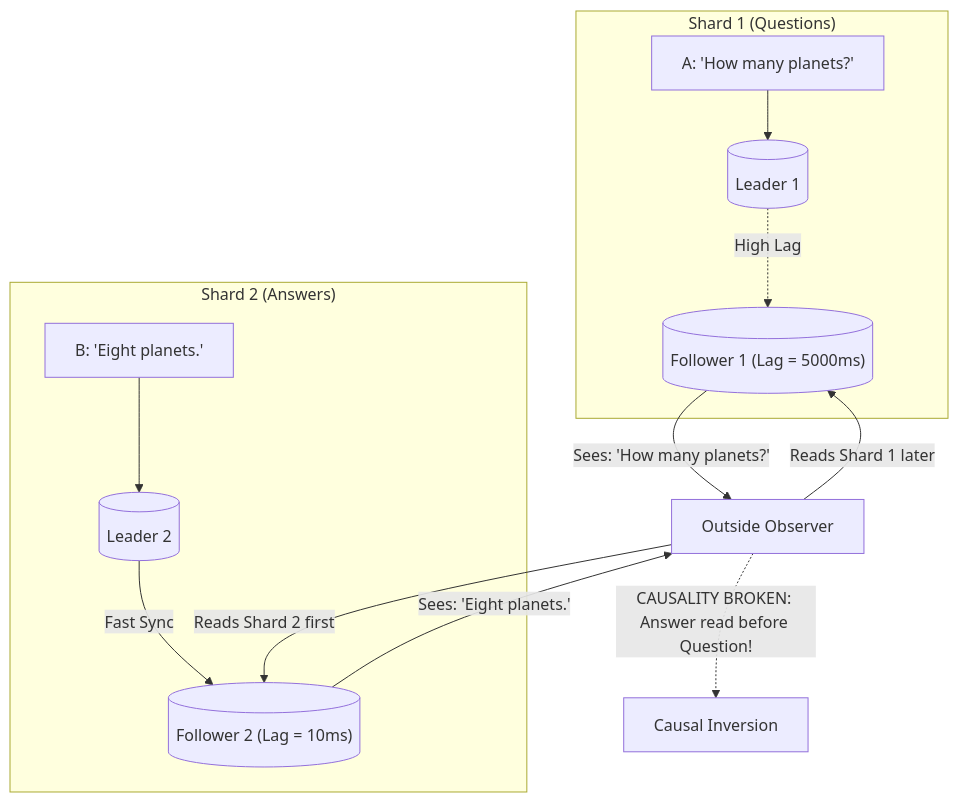
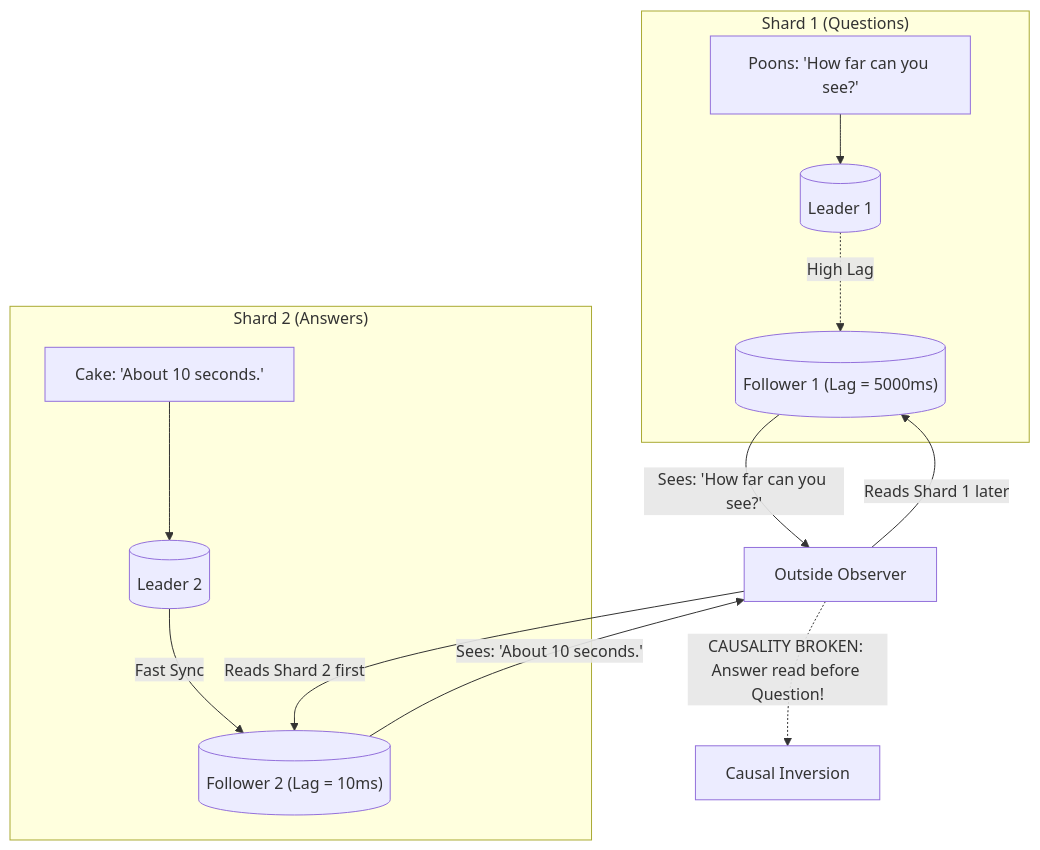
The fifth of 16 diagrams in 01 Designing Data-Intensive Applications/chapter-06-replication.md (1mimhe/books-summery), drawn with Mermaid before and after one commit. The commit also changed other lines of this file and 1 other file, not shown here.

````diff
--- a/01 Designing Data-Intensive Applications/chapter-06-replication.md
+++ b/01 Designing Data-Intensive Applications/chapter-06-replication.md
@@ -323,26 +282,26 @@
 ```mermaid
 flowchart TD
   subgraph S1["Shard 1 (Questions)"]
-    Q["A: 'How many planets?'"]
+    Q["Poons: 'How far can you see?'"]
     L1[("Leader 1")]
     F1[("Follower 1 (Lag = 5000ms)")]
     Q --> L1
     L1 -.->|"High Lag"| F1
   end
 
   subgraph S2["Shard 2 (Answers)"]
-    A["B: 'Eight planets.'"]
+    A["Cake: 'About 10 seconds.'"]
     L2[("Leader 2")]
     F2[("Follower 2 (Lag = 10ms)")]
     A --> L2
     L2 -->|"Fast Sync"| F2
   end
 
   OBSERVER["Outside Observer"]
   OBSERVER -->|"Reads Shard 2 first"| F2
-  F2 -->|"Sees: 'Eight planets.'"| OBSERVER
+  F2 -->|"Sees: 'About 10 seconds.'"| OBSERVER
   OBSERVER -->|"Reads Shard 1 later"| F1
-  F1 -->|"Sees: 'How many planets?'"| OBSERVER
+  F1 -->|"Sees: 'How far can you see?'"| OBSERVER
 
   OBSERVER -.->|"CAUSALITY BROKEN: Answer read before Question!"| ANOMALY["Causal Inversion"]
 ```
````
